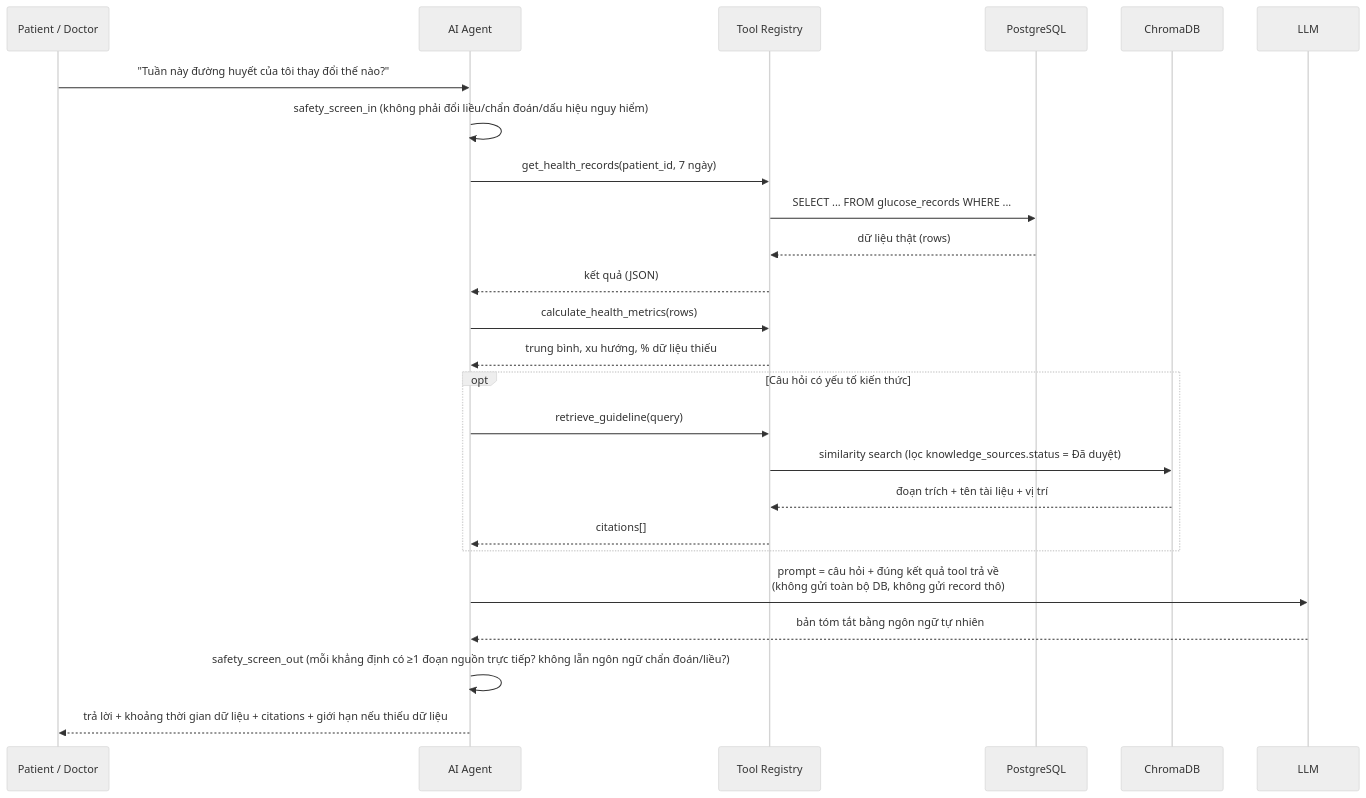
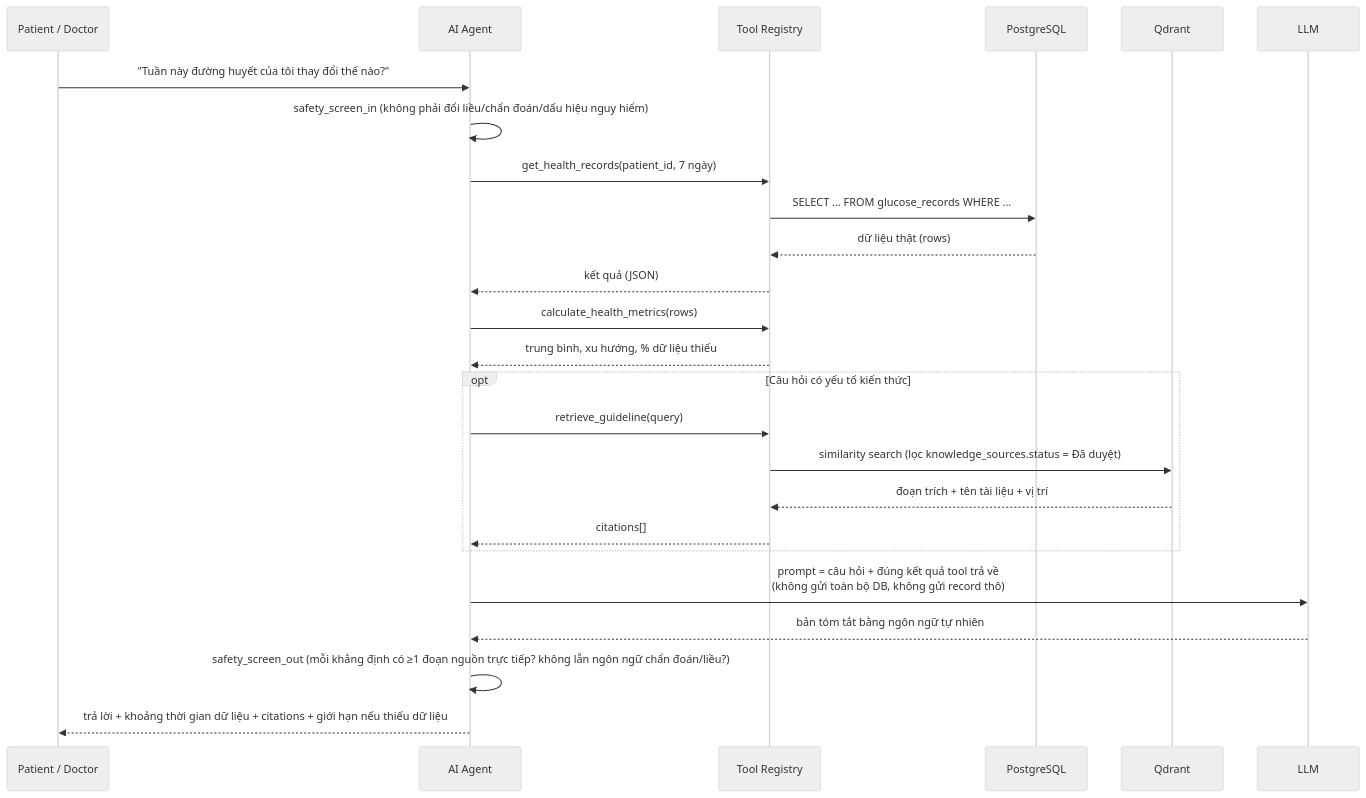
One commit to AhhPamAIVin/AhhPam-VDiab changed the third of 4 diagrams in docs/architecture_diagram.md. Above: the diagram before and after it, drawn with Mermaid (neutral theme). The commit also changed other lines of this file and 62 other files, not shown here.

````diff
--- a/docs/architecture_diagram.md
+++ b/docs/architecture_diagram.md
@@ -117,28 +117,28 @@
 ```mermaid
 sequenceDiagram
     participant U as Patient / Doctor
     participant Agent as AI Agent
     participant Tools as Tool Registry
     participant DB as PostgreSQL
-    participant VS as ChromaDB
+    participant VS as Qdrant
     participant LLM as LLM
 
     U->>Agent: "Tuần này đường huyết của tôi thay đổi thế nào?"
     Agent->>Agent: safety_screen_in (không phải đổi liều/chẩn đoán/dấu hiệu nguy hiểm)
     Agent->>Tools: get_health_records(patient_id, 7 ngày)
     Tools->>DB: SELECT ... FROM glucose_records WHERE ...
     DB-->>Tools: dữ liệu thật (rows)
     Tools-->>Agent: kết quả (JSON)
     Agent->>Tools: calculate_health_metrics(rows)
     Tools-->>Agent: trung bình, xu hướng, % dữ liệu thiếu
     opt Câu hỏi có yếu tố kiến thức
         Agent->>Tools: retrieve_guideline(query)
         Tools->>VS: similarity search (lọc knowledge_sources.status = Đã duyệt)
         VS-->>Tools: đoạn trích + tên tài liệu + vị trí
         Tools-->>Agent: citations[]
     end
     Agent->>LLM: prompt = câu hỏi + đúng kết quả tool trả về<br/>(không gửi toàn bộ DB, không gửi record thô)
     LLM-->>Agent: bản tóm tắt bằng ngôn ngữ tự nhiên
     Agent->>Agent: safety_screen_out (mỗi khẳng định có ≥1 đoạn nguồn trực tiếp? không lẫn ngôn ngữ chẩn đoán/liều?)
     Agent-->>U: trả lời + khoảng thời gian dữ liệu + citations + giới hạn nếu thiếu dữ liệu
 ```
````
